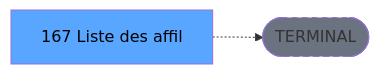
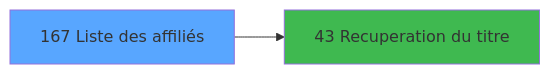
The third of 3 diagrams in .openspec/specs/ADH-IDE-167.md (thonyAGP/magic-migration), drawn with Mermaid before and after one commit. The commit also changed other lines of this file and 253 other files, not shown here.

````diff
--- a/.openspec/specs/ADH-IDE-167.md
+++ b/.openspec/specs/ADH-IDE-167.md
@@ -135,8 +672,8 @@
 ```mermaid
 graph LR
-    T[167 Liste des affil]
-    TERM([TERMINAL])
-    T -.-> TERM
-    style TERM fill:#6b7280,stroke-dasharray: 5 5
-    style T fill:#58a6ff,color:#000
+    T167[167 Liste des affiliés]
+    style T167 fill:#58a6ff
+    C43[43 Recuperation du titre]
+    T167 --> C43
+    style C43 fill:#3fb950
 ```
````
